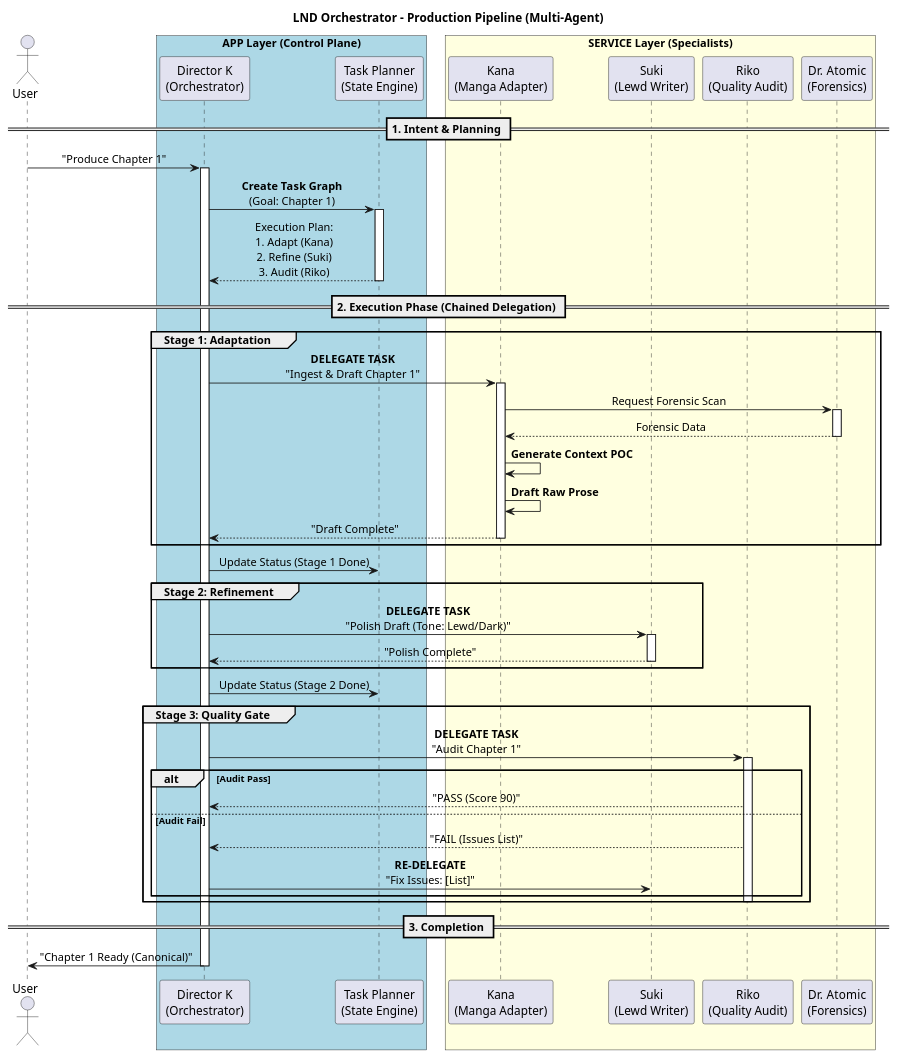
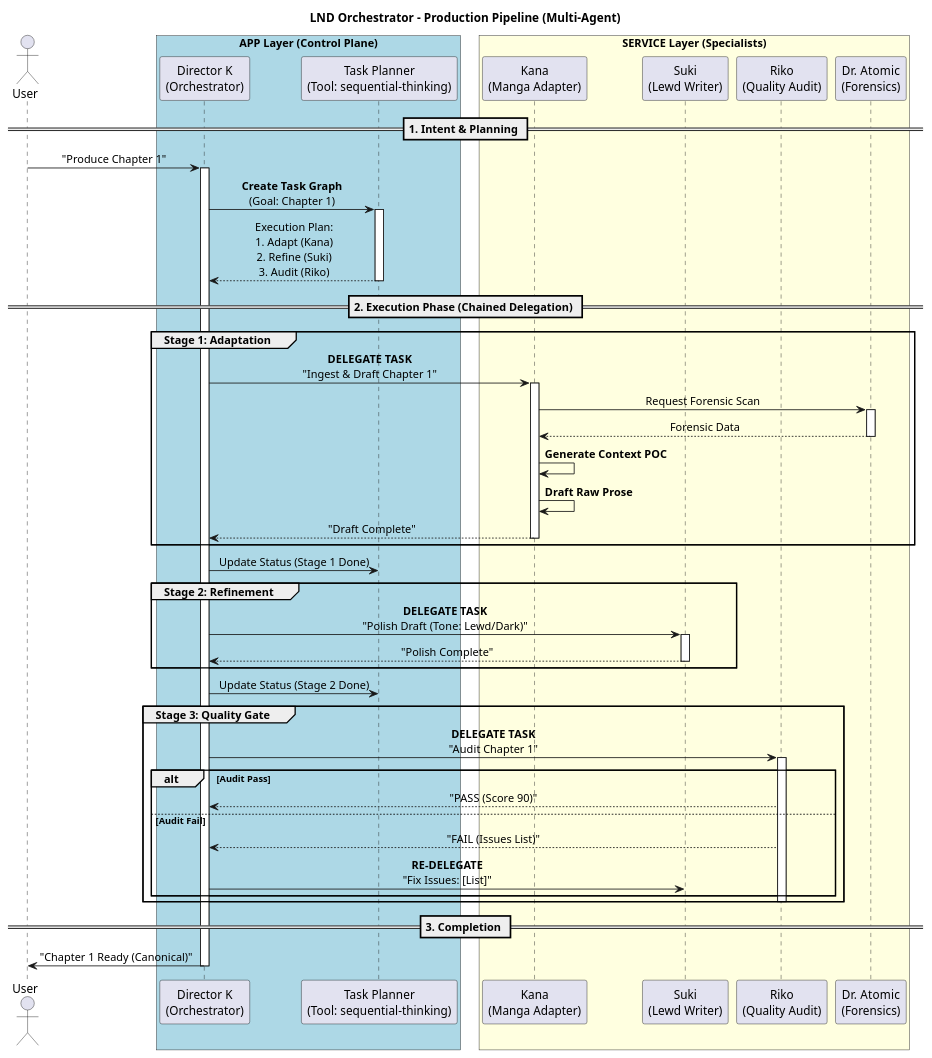
One commit to datdang-dev/light-novel-development changed the diagram in studio/docs/architecture/dynamic_design/app_orchestrator/sq_orches.puml. Above: the diagram before and after it, drawn with PlantUML. The commit also changed 11 other files, not shown here.

```diff
--- a/studio/docs/architecture/dynamic_design/app_orchestrator/sq_orches.puml
+++ b/studio/docs/architecture/dynamic_design/app_orchestrator/sq_orches.puml
@@ -1,80 +1,80 @@
 @startuml sq_orches
 
 title LND Orchestrator - Production Pipeline (Multi-Agent)
 
 skinparam sequenceMessageAlign center
 skinparam responseMessageBelowArrow true
 skinparam maxMessageSize 250
 skinparam BoxPadding 10
 
 actor "User" as user
 box "APP Layer (Control Plane)" #LightBlue
   participant "Director K\n(Orchestrator)" as orches
-  participant "Task Planner\n(State Engine)" as planner
+  participant "Task Planner\n(Tool: sequential-thinking)" as planner
 end box
 
 box "SERVICE Layer (Specialists)" #LightYellow
   participant "Kana\n(Manga Adapter)" as agent_kana
   participant "Suki\n(Lewd Writer)" as agent_suki
   participant "Riko\n(Quality Audit)" as agent_riko
   participant "Dr. Atomic\n(Forensics)" as agent_atomic
 end box
 
 == 1. Intent & Planning ==
 
 user -> orches : "Produce Chapter 1"
 activate orches
 
 orches -> planner : **Create Task Graph**\n(Goal: Chapter 1)
 activate planner
 planner --> orches : Execution Plan:\n1. Adapt (Kana)\n2. Refine (Suki)\n3. Audit (Riko)
 deactivate planner
 
 == 2. Execution Phase (Chained Delegation) ==
 
 group Stage 1: Adaptation
     orches -> agent_kana : **DELEGATE TASK**\n"Ingest & Draft Chapter 1"
     activate agent_kana
     
     agent_kana -> agent_atomic : Request Forensic Scan
     activate agent_atomic
     agent_atomic --> agent_kana : Forensic Data
     deactivate agent_atomic
     
     agent_kana -> agent_kana : **Generate Context POC**
     agent_kana -> agent_kana : **Draft Raw Prose**
     
     agent_kana --> orches : "Draft Complete"
     deactivate agent_kana
 end
 
 orches -> planner : Update Status (Stage 1 Done)
 
 group Stage 2: Refinement
     orches -> agent_suki : **DELEGATE TASK**\n"Polish Draft (Tone: Lewd/Dark)"
     activate agent_suki
     agent_suki --> orches : "Polish Complete"
     deactivate agent_suki
 end
 
 orches -> planner : Update Status (Stage 2 Done)
 
 group Stage 3: Quality Gate
     orches -> agent_riko : **DELEGATE TASK**\n"Audit Chapter 1"
     activate agent_riko
     
     alt Audit Pass
         agent_riko --> orches : "PASS (Score 90)"
     else Audit Fail
         agent_riko --> orches : "FAIL (Issues List)"
         orches -> agent_suki : **RE-DELEGATE**\n"Fix Issues: [List]"
     end
     deactivate agent_riko
 end
 
 == 3. Completion ==
 
 orches -> user : "Chapter 1 Ready (Canonical)"
 deactivate orches
 
 @enduml
```
